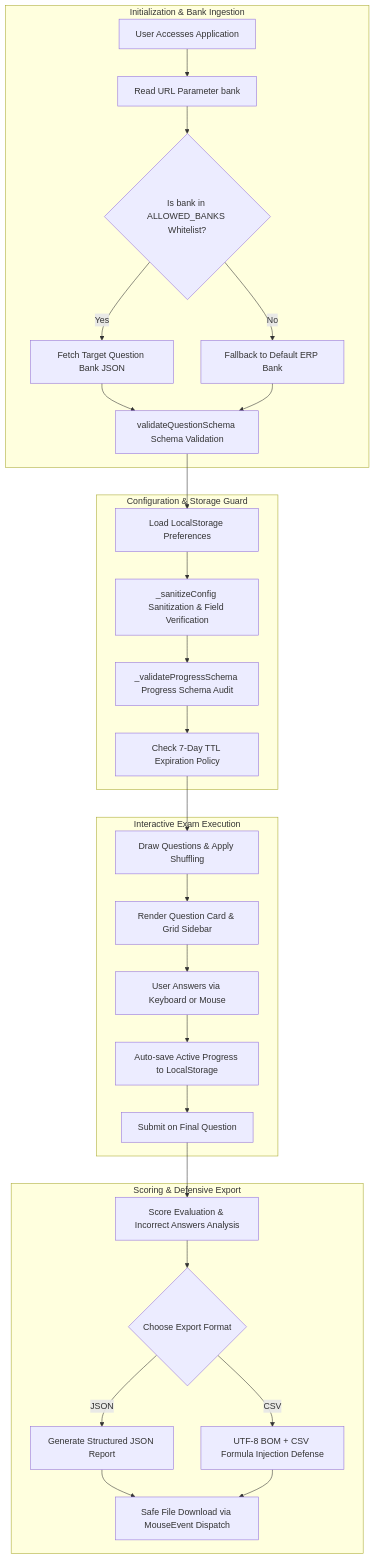
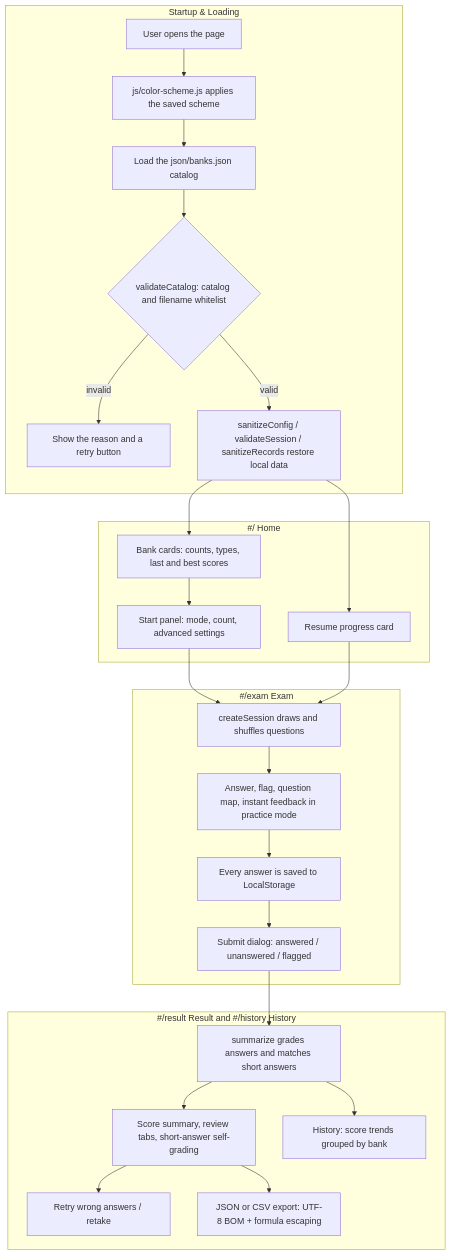
Before and after one commit to Scorpio-meow/Examination-System: the first of 2 diagrams in README.en.md, drawn with Mermaid. The commit also changed other lines of this file and 49 other files, not shown here.

````diff
--- a/README.en.md
+++ b/README.en.md
@@ -91,35 +94,32 @@
 ```mermaid
 flowchart TD
-    subgraph ClientInit [Initialization & Bank Ingestion]
-        A[User Accesses Application] --> B[Read URL Parameter bank]
-        B --> C{Is bank in ALLOWED_BANKS Whitelist?}
-        C -- Yes --> D[Fetch Target Question Bank JSON]
-        C -- No --> E[Fallback to Default ERP Bank]
-        D --> F[validateQuestionSchema Schema Validation]
-        E --> F
+    subgraph Boot [Startup & Loading]
+        A[User opens the page] --> B[js/color-scheme.js applies the saved scheme]
+        B --> C[Load the json/banks.json catalog]
+        C --> D{validateCatalog: catalog and filename whitelist}
+        D -- invalid --> E[Show the reason and a retry button]
+        D -- valid --> F[sanitizeConfig / validateSession / sanitizeRecords restore local data]
     end
 
-    subgraph ConfigState [Configuration & Storage Guard]
-        F --> G[Load LocalStorage Preferences]
-        G --> H[_sanitizeConfig Sanitization & Field Verification]
-        H --> I[_validateProgressSchema Progress Schema Audit]
-        I --> J[Check 7-Day TTL Expiration Policy]
+    subgraph Home ["#/ Home"]
+        F --> G[Bank cards: counts, types, last and best scores]
+        G --> H[Start panel: mode, count, advanced settings]
+        F --> I[Resume progress card]
     end
 
-    subgraph ExamSession [Interactive Exam Execution]
-        J --> K[Draw Questions & Apply Shuffling]
-        K --> L[Render Question Card & Grid Sidebar]
-        L --> M[User Answers via Keyboard or Mouse]
-        M --> N[Auto-save Active Progress to LocalStorage]
-        N --> O[Submit on Final Question]
+    subgraph Exam ["#/exam Exam"]
+        H --> J[createSession draws and shuffles questions]
+        I --> J
+        J --> K[Answer, flag, question map, instant feedback in practice mode]
+        K --> L[Every answer is saved to LocalStorage]
+        L --> M[Submit dialog: answered / unanswered / flagged]
     end
 
-    subgraph EvaluationExport [Scoring & Defensive Export]
-        O --> P[Score Evaluation & Incorrect Answers Analysis]
-        P --> Q{Choose Export Format}
-        Q -- JSON --> R[Generate Structured JSON Report]
-        Q -- CSV --> S[UTF-8 BOM + CSV Formula Injection Defense]
-        R --> T[Safe File Download via MouseEvent Dispatch]
-        S --> T
+    subgraph Result ["#/result Result and #/history History"]
+        M --> N[summarize grades answers and matches short answers]
+        N --> O[Score summary, review tabs, short-answer self-grading]
+        O --> P[Retry wrong answers / retake]
+        O --> Q[JSON or CSV export: UTF-8 BOM + formula escaping]
+        N --> R[History: score trends grouped by bank]
     end
 ```
````
